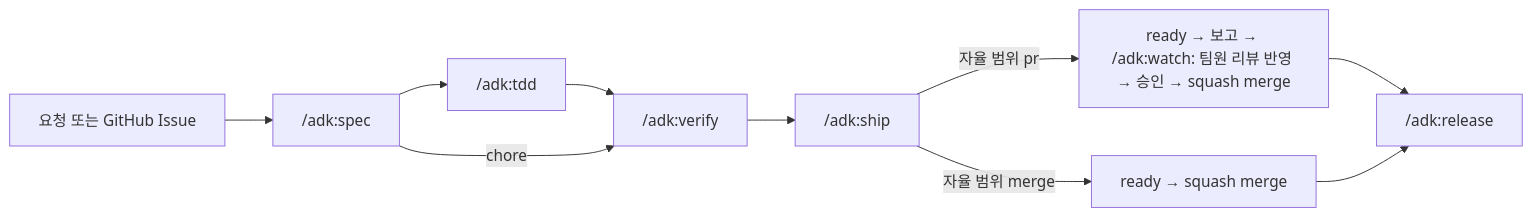
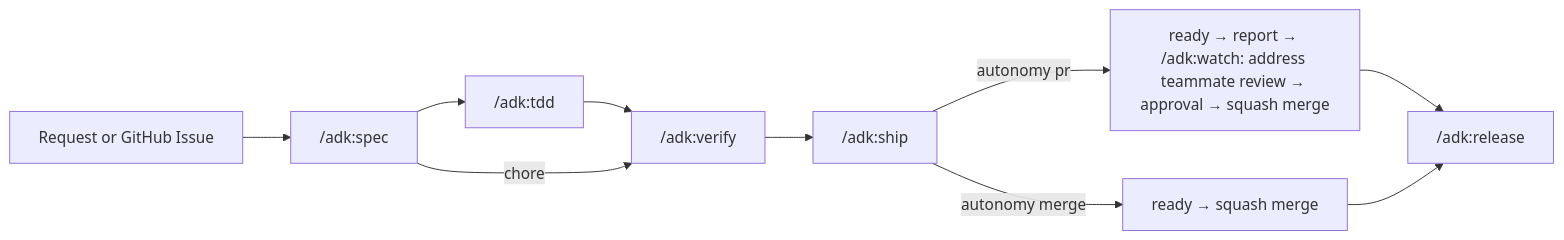
Before and after one commit to hwanyu365/agentic-dev-kit: the diagram in README.md, drawn with Mermaid. The commit also changed other lines of this file, not shown here.

````diff
--- a/README.md
+++ b/README.md
@@ -38,8 +38,8 @@
 ```mermaid
 flowchart LR
-  I[요청 또는 GitHub Issue] --> S["/adk:spec"] --> T["/adk:tdd"] --> V["/adk:verify"] --> P["/adk:ship"]
+  I[Request or GitHub Issue] --> S["/adk:spec"] --> T["/adk:tdd"] --> V["/adk:verify"] --> P["/adk:ship"]
   S -->|chore| V
-  P -->|자율 범위 pr| R["ready → 보고 → /adk:watch: 팀원 리뷰 반영 → 승인 → squash merge"]
-  P -->|자율 범위 merge| M[ready → squash merge]
+  P -->|autonomy pr| R["ready → report → /adk:watch: address teammate review → approval → squash merge"]
+  P -->|autonomy merge| M[ready → squash merge]
   R & M --> L["/adk:release"]
 ```
````
